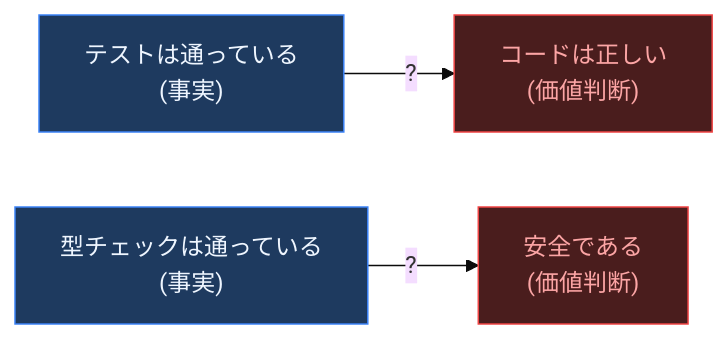
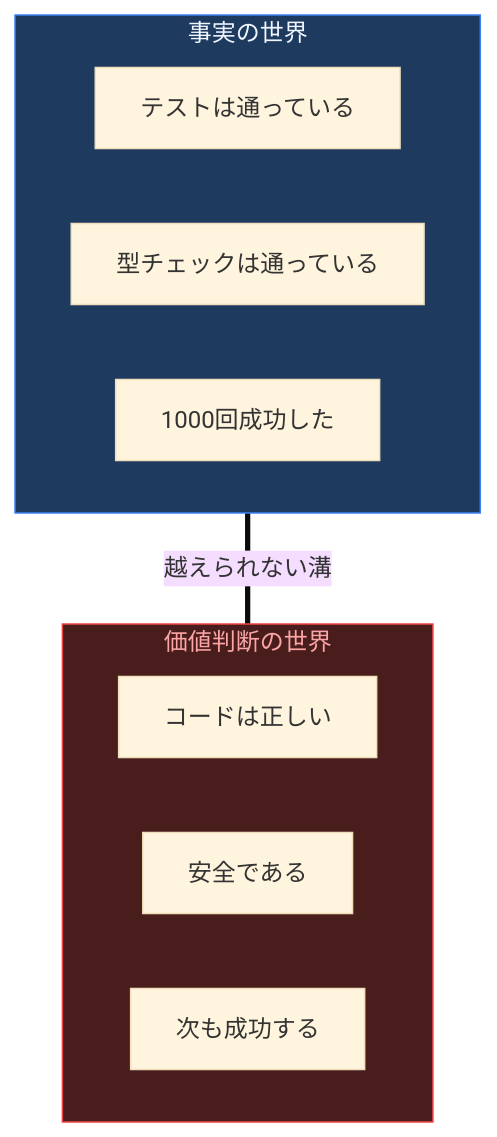
One commit to ohyesiamy/web-anomaly-detector changed the third of 13 diagrams in ABSTRACT.md. Above: the diagram before and after it, drawn with Mermaid (base theme). The commit also changed other lines of this file and 1 other file, not shown here.

First line of the commit message:
docs: Mermaid ダイアグラムでビジュアル大幅強化

````diff
--- a/ABSTRACT.md
+++ b/ABSTRACT.md
@@ -90,10 +115,19 @@
 ```mermaid
-graph LR
-    IS["テストは通っている\n(事実)"] -->|"?"| OUGHT["コードは正しい\n(価値判断)"]
-    IS2["型チェックは通っている\n(事実)"] -->|"?"| OUGHT2["安全である\n(価値判断)"]
+graph TB
+    subgraph IS["事実の世界"]
+        I1["テストは通っている"]
+        I2["型チェックは通っている"]
+        I3["1000回成功した"]
+    end
+
+    subgraph OUGHT["価値判断の世界"]
+        O1["コードは正しい"]
+        O2["安全である"]
+        O3["次も成功する"]
+    end
+
+    IS ===|"越えられない溝"| OUGHT
 
     style IS fill:#1e3a5f,stroke:#3b82f6,color:#eff6ff
-    style IS2 fill:#1e3a5f,stroke:#3b82f6,color:#eff6ff
     style OUGHT fill:#4a1d1d,stroke:#ef4444,color:#fca5a5
-    style OUGHT2 fill:#4a1d1d,stroke:#ef4444,color:#fca5a5
 ```
````
